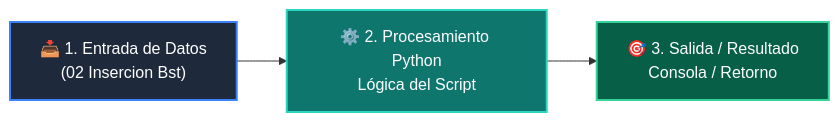
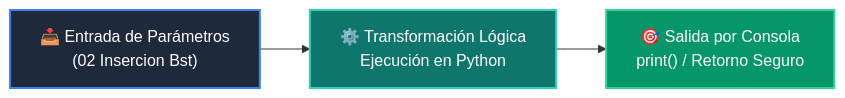
Before and after one commit to wisrovi/wisrovi-python: the diagram in 02-algoritmos-estructuras/clase-06-arboles-binarios-busqueda/ejemplos/ejemplo_02_insercion_bst/README.md, drawn with Mermaid. The commit also changed other lines of this file and 226 other files, not shown here.

Commit message:
docs: elevate all repository READMEs to world-class mastery standard with rich pedagogical architecture, custom Mermaids, and professional styling

````diff
--- a/02-algoritmos-estructuras/clase-06-arboles-binarios-busqueda/ejemplos/ejemplo_02_insercion_bst/README.md
+++ b/02-algoritmos-estructuras/clase-06-arboles-binarios-busqueda/ejemplos/ejemplo_02_insercion_bst/README.md
@@ -12,9 +19,9 @@
 ```mermaid
 flowchart LR
-    A["📥 1. Entrada de Datos<br/>(02 Insercion Bst)"] --> B["⚙️ 2. Procesamiento Python<br/>Lógica del Script"]
-    B --> C["🎯 3. Salida / Resultado<br/>Consola / Retorno"]
+    A["📥 Entrada de Parámetros<br/>(02 Insercion Bst)"] --> B["⚙️ Transformación Lógica<br/>Ejecución en Python"]
+    B --> C["🎯 Salida por Consola<br/>print() / Retorno Seguro"]
 
-    style A fill:#1e293b,color:#fff,stroke:#3b82f6,stroke-width:2px
-    style B fill:#0f766e,color:#fff,stroke:#2dd4bf,stroke-width:2px
-    style C fill:#065f46,color:#fff,stroke:#34d399,stroke-width:2px
+    style A fill:#1e293b,color:#ffffff,stroke:#3b82f6,stroke-width:2px
+    style B fill:#0f766e,color:#ffffff,stroke:#2dd4bf,stroke-width:2px
+    style C fill:#059669,color:#ffffff,stroke:#34d399,stroke-width:2px
 ```
````
